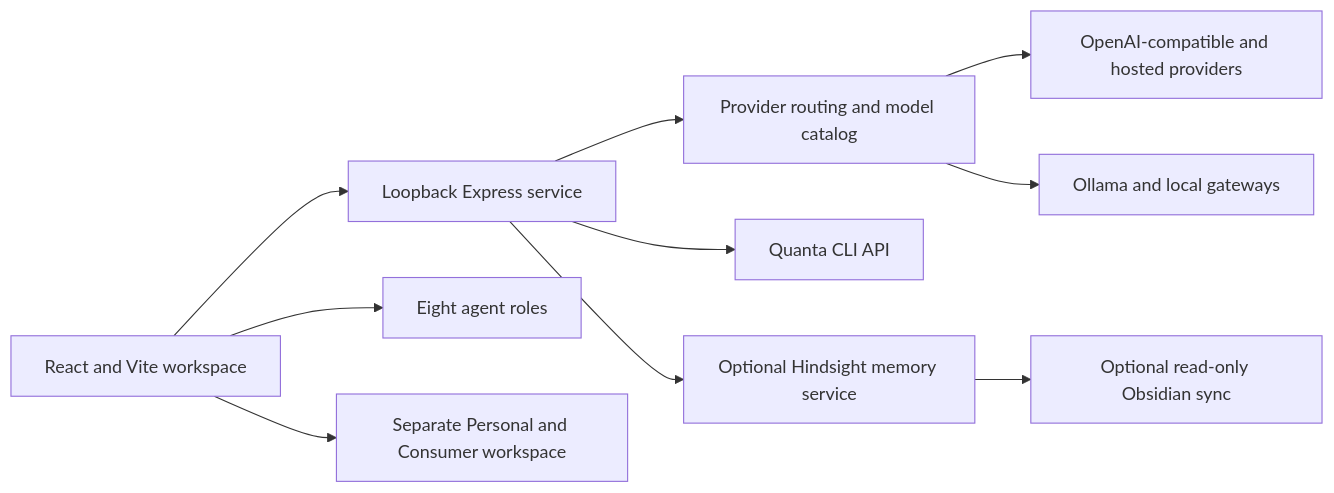
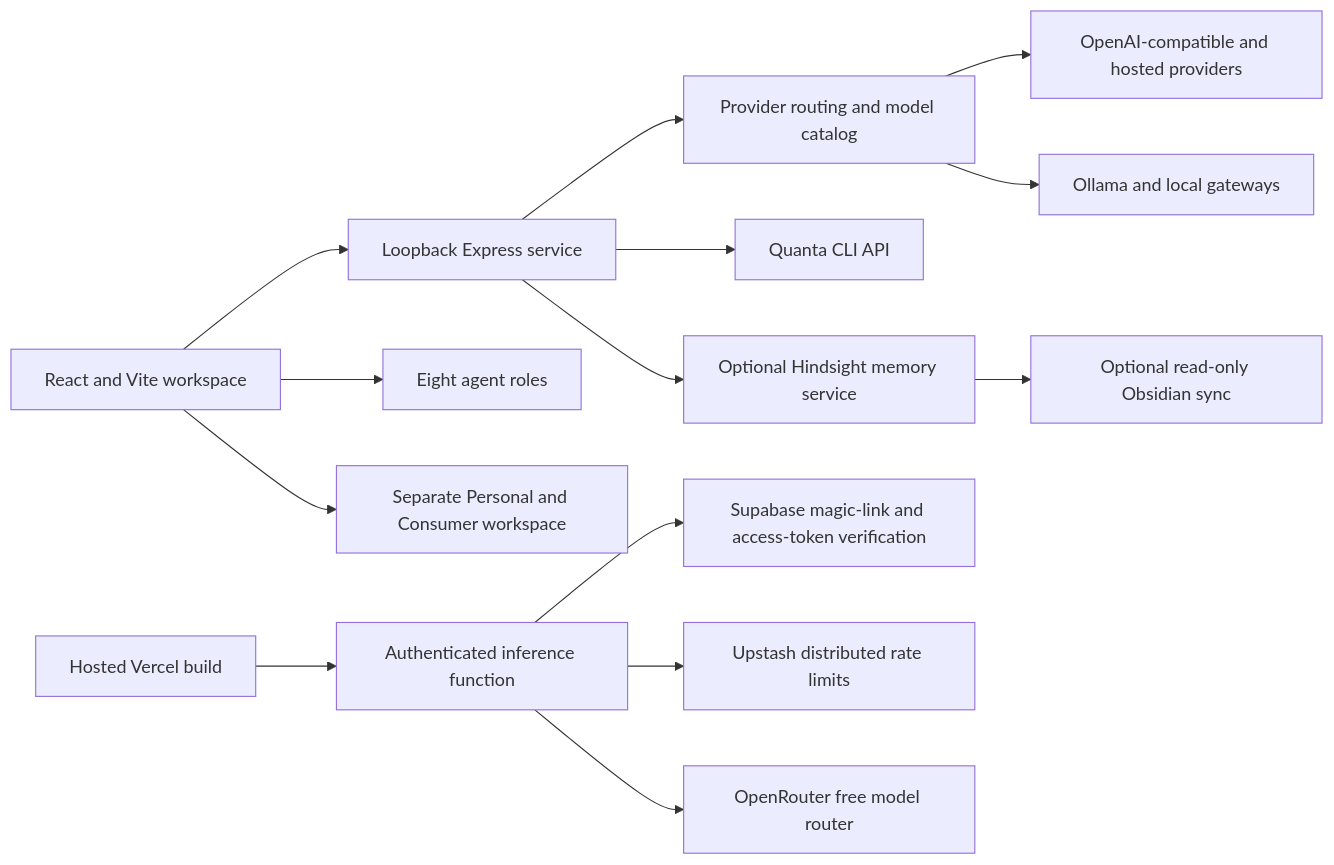
Before and after one commit to GustheTrader/QuantaCore: the diagram in PROJECT_SUMMARY.md, drawn with Mermaid. The commit also changed other lines of this file and 13 other files, not shown here.

Commit message:
feat: add secure hosted OpenRouter inference on Vercel

````diff
--- a/PROJECT_SUMMARY.md
+++ b/PROJECT_SUMMARY.md
@@ -15,12 +15,16 @@
 ```mermaid
 flowchart LR
   UI[React and Vite workspace] --> API[Loopback Express service]
   UI --> Roles[Eight agent roles]
   API --> Routes[Provider routing and model catalog]
   Routes --> Cloud[OpenAI-compatible and hosted providers]
   Routes --> Local[Ollama and local gateways]
   API --> CLI[Quanta CLI API]
   UI --> OpenMuse[Separate Personal and Consumer workspace]
   API --> Hindsight[Optional Hindsight memory service]
   Hindsight --> Obsidian[Optional read-only Obsidian sync]
+  Browser[Hosted Vercel build] --> HostedAPI[Authenticated inference function]
+  HostedAPI --> SupabaseAuth[Supabase magic-link and access-token verification]
+  HostedAPI --> Limits[Upstash distributed rate limits]
+  HostedAPI --> FreeRoute[OpenRouter free model router]
 ```
````
